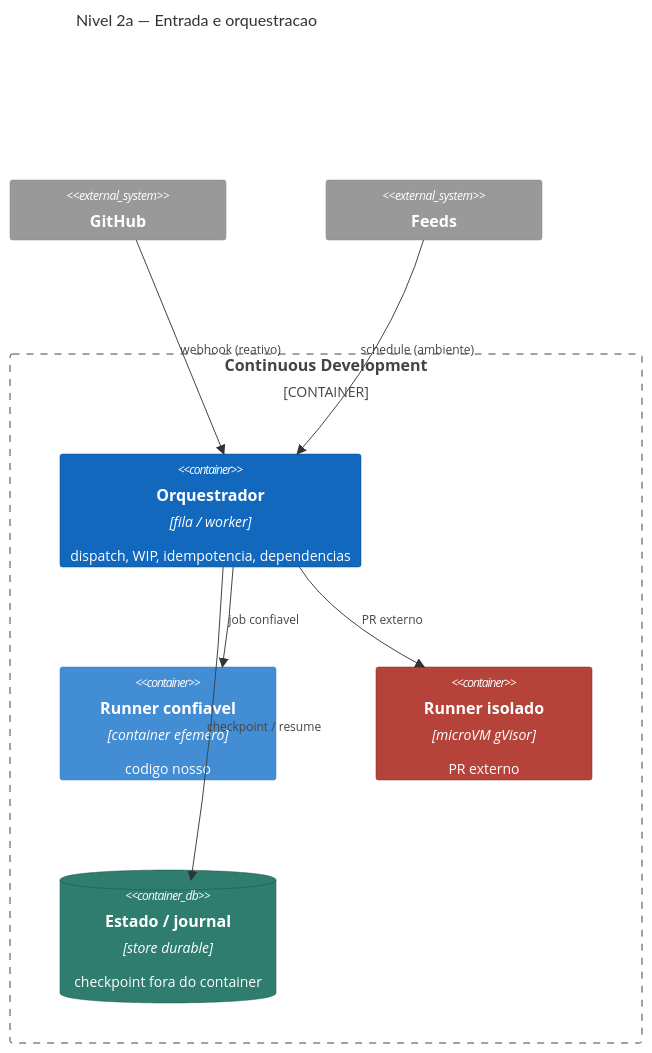
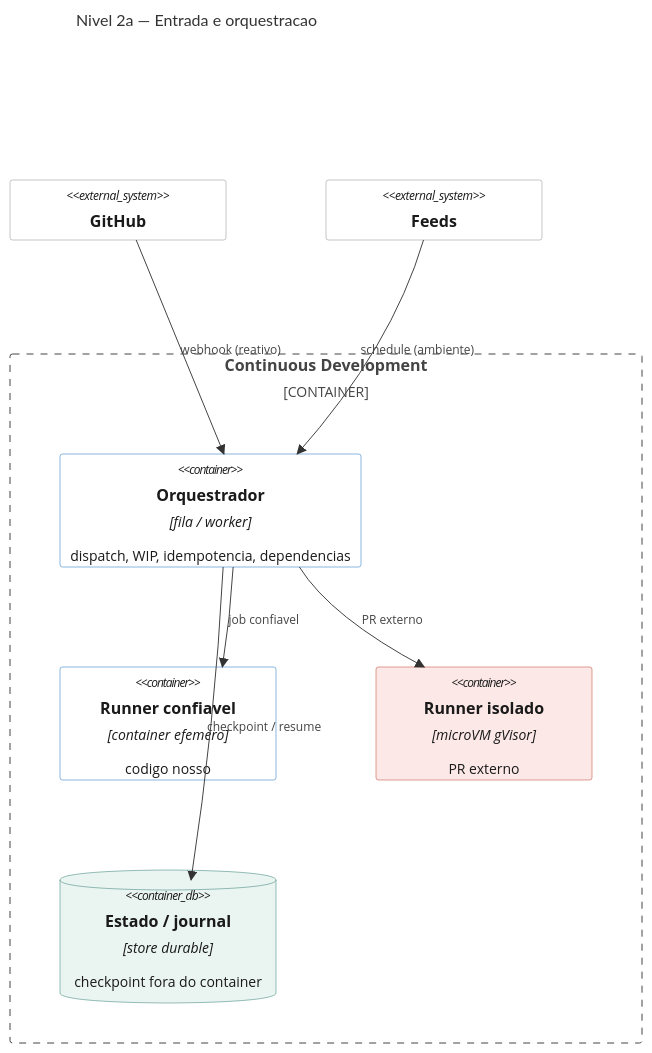
One commit to CenturyBoys/roboto changed the second of 10 diagrams in research/ARCHITECTURE-C4.md. Above: the diagram before and after it, drawn with Mermaid. The commit also changed other lines of this file and 1 other file, not shown here.

````diff
--- a/research/ARCHITECTURE-C4.md
+++ b/research/ARCHITECTURE-C4.md
@@ -40,21 +44,25 @@
 ```mermaid
+%%{init: {'theme':'base', 'themeVariables': {'background':'#FBF3DE'}}}%%
 C4Container
   title Nivel 2a — Entrada e orquestracao
   System_Ext(gh, "GitHub")
   System_Ext(feeds, "Feeds")
   Container_Boundary(cd, "Continuous Development") {
     Container(orch, "Orquestrador", "fila / worker", "dispatch, WIP, idempotencia, dependencias")
     Container(runnerT, "Runner confiavel", "container efemero", "codigo nosso")
     Container(runnerU, "Runner isolado", "microVM gVisor", "PR externo")
     ContainerDb(state, "Estado / journal", "store durable", "checkpoint fora do container")
   }
   Rel(gh, orch, "webhook (reativo)")
   Rel(feeds, orch, "schedule (ambiente)")
   Rel(orch, runnerT, "job confiavel")
   Rel(orch, runnerU, "PR externo")
   Rel(orch, state, "checkpoint / resume")
-  UpdateElementStyle(orch, $bgColor="#1168BD", $fontColor="#ffffff", $borderColor="#0B4884")
-  UpdateElementStyle(runnerU, $bgColor="#B5433A", $fontColor="#ffffff", $borderColor="#7D2B25")
-  UpdateElementStyle(state, $bgColor="#2E7D6F", $fontColor="#ffffff", $borderColor="#1C5349")
+  UpdateElementStyle(gh, $bgColor="#FFFFFF", $fontColor="#1A1A1A", $borderColor="#8A8A8A")
+  UpdateElementStyle(feeds, $bgColor="#FFFFFF", $fontColor="#1A1A1A", $borderColor="#8A8A8A")
+  UpdateElementStyle(orch, $bgColor="#FFFFFF", $fontColor="#1A1A1A", $borderColor="#1168BD")
+  UpdateElementStyle(runnerT, $bgColor="#FFFFFF", $fontColor="#1A1A1A", $borderColor="#1168BD")
+  UpdateElementStyle(runnerU, $bgColor="#FCE9E7", $fontColor="#1A1A1A", $borderColor="#C0392B")
+  UpdateElementStyle(state, $bgColor="#EAF4F1", $fontColor="#1A1A1A", $borderColor="#2E7D6F")
   UpdateLayoutConfig($c4ShapeInRow="2", $c4BoundaryInRow="1")
 ```
````
